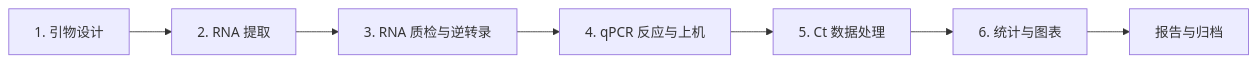
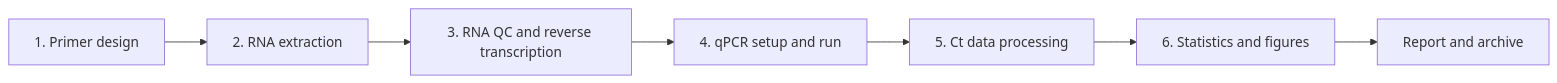
Before and after one commit to Echo-nannan/rt-qpcr-protocol-guide: the diagram in README.md, drawn with Mermaid. The commit also changed other lines of this file and 26 other files, not shown here.

````diff
--- a/README.md
+++ b/README.md
@@ -65,9 +66,9 @@
 ```mermaid
 flowchart LR
-    A["1. 引物设计"] --> B["2. RNA 提取"]
-    B --> C["3. RNA 质检与逆转录"]
-    C --> D["4. qPCR 反应与上机"]
-    D --> E["5. Ct 数据处理"]
-    E --> F["6. 统计与图表"]
-    F --> G["报告与归档"]
+    A["1. Primer design"] --> B["2. RNA extraction"]
+    B --> C["3. RNA QC and reverse transcription"]
+    C --> D["4. qPCR setup and run"]
+    D --> E["5. Ct data processing"]
+    E --> F["6. Statistics and figures"]
+    F --> G["Report and archive"]
 ```
````
